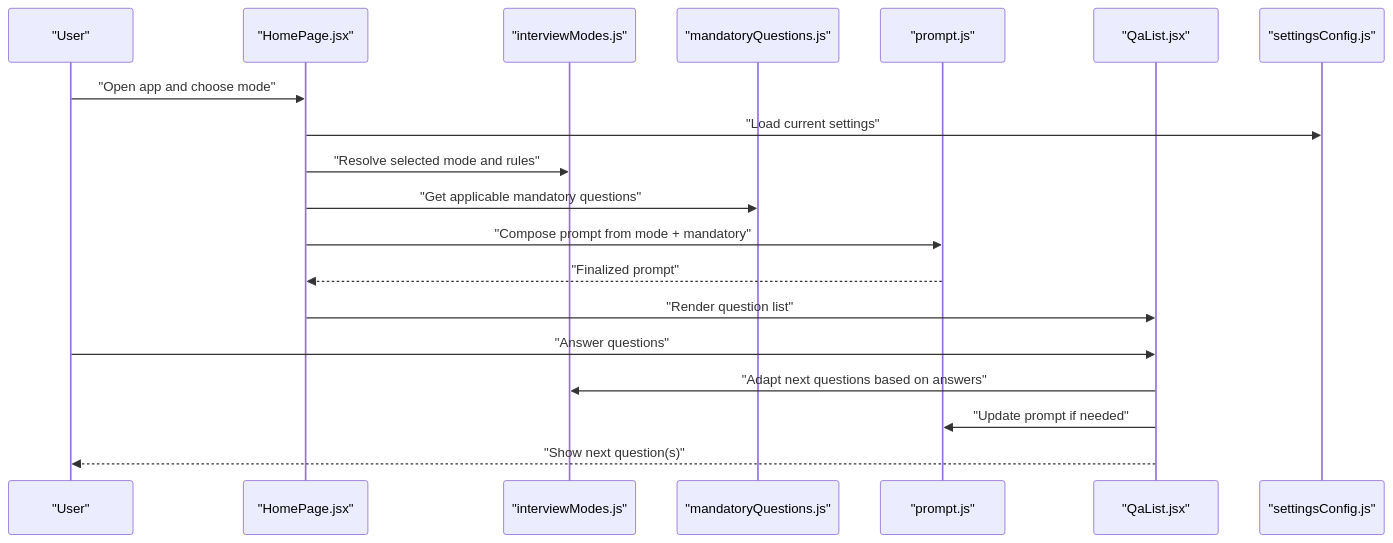
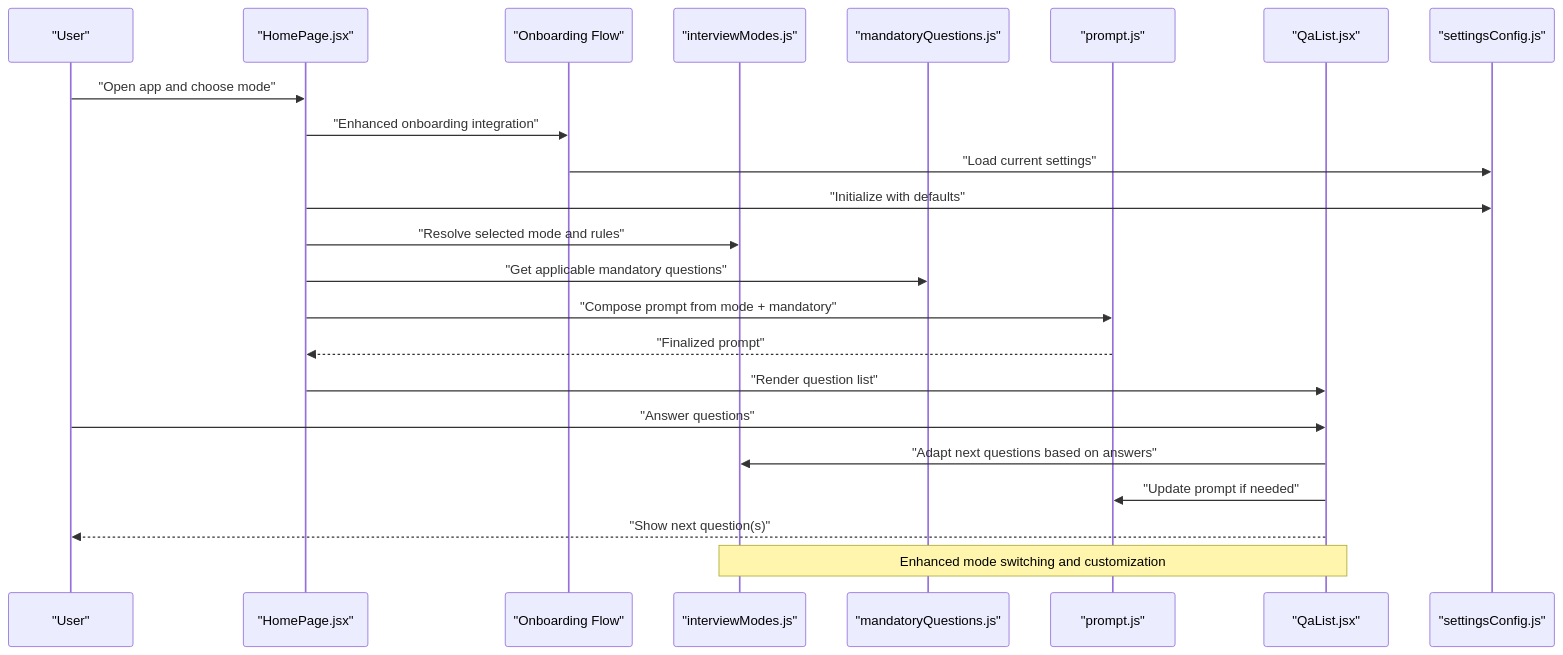
The second of 6 diagrams in .qoder/repowiki/en/content/Core Features/Interview Question Generator/Interview Modes Configuration.md (zmyeo54/briefroom), drawn with Mermaid before and after one commit. The commit also changed other lines of this file and 32 other files, not shown here.

````diff
--- a/.qoder/repowiki/en/content/Core Features/Interview Question Generator/Interview Modes Configuration.md
+++ b/.qoder/repowiki/en/content/Core Features/Interview Question Generator/Interview Modes Configuration.md
@@ -109,21 +116,25 @@
 ```mermaid
 sequenceDiagram
 participant User as "User"
 participant HomePage as "HomePage.jsx"
+participant Onboarding as "Onboarding Flow"
 participant Modes as "interviewModes.js"
 participant Mandatory as "mandatoryQuestions.js"
 participant Prompt as "prompt.js"
 participant QaList as "QaList.jsx"
 participant Settings as "settingsConfig.js"
 User->>HomePage : "Open app and choose mode"
-HomePage->>Settings : "Load current settings"
+HomePage->>Onboarding : "Enhanced onboarding integration"
+Onboarding->>Settings : "Load current settings"
+HomePage->>Settings : "Initialize with defaults"
 HomePage->>Modes : "Resolve selected mode and rules"
 HomePage->>Mandatory : "Get applicable mandatory questions"
 HomePage->>Prompt : "Compose prompt from mode + mandatory"
 Prompt-->>HomePage : "Finalized prompt"
 HomePage->>QaList : "Render question list"
 User->>QaList : "Answer questions"
 QaList->>Modes : "Adapt next questions based on answers"
 QaList->>Prompt : "Update prompt if needed"
 QaList-->>User : "Show next question(s)"
+Note over Modes,QaList : Enhanced mode switching and customization
 ```
````
